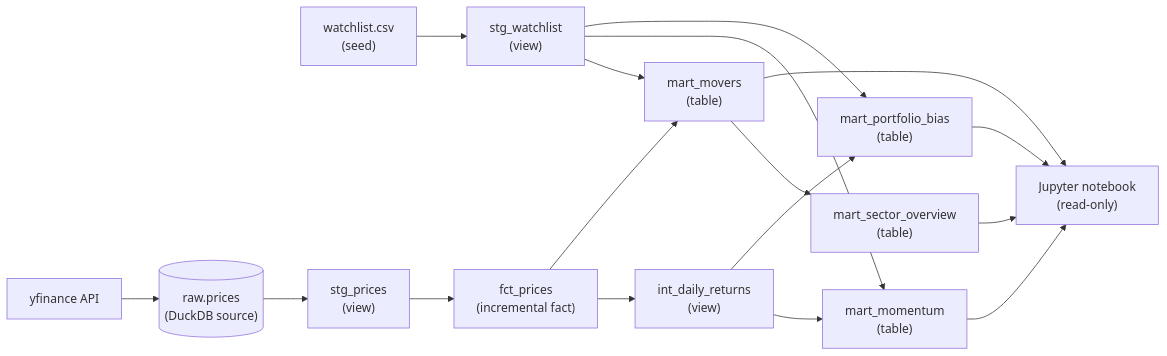
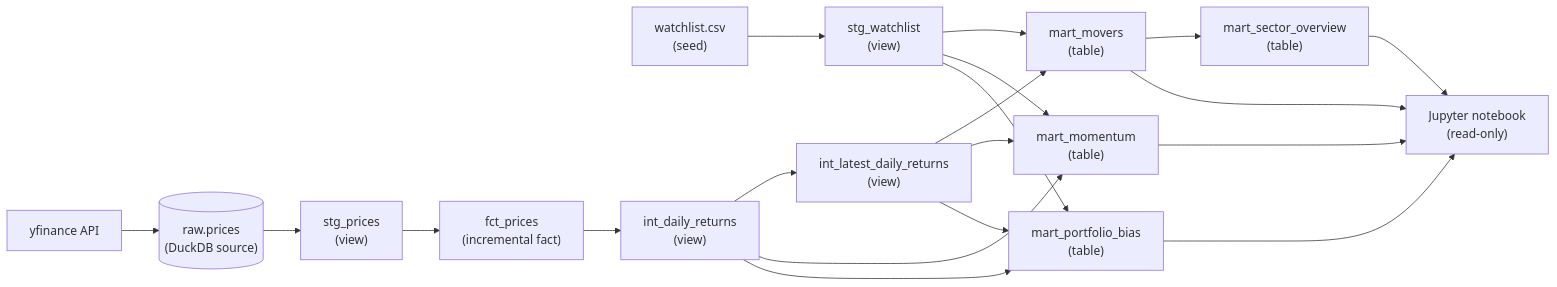
One commit to tthh97/market-movers-dbt changed the diagram in docs/pipeline-explainer.md. Above: the diagram before and after it, drawn with Mermaid. The commit also changed other lines of this file and 12 other files, not shown here.

````diff
--- a/docs/pipeline-explainer.md
+++ b/docs/pipeline-explainer.md
@@ -15,25 +15,28 @@
 ```mermaid
 flowchart LR
     YF["yfinance API"] --> RAW[("raw.prices<br/>(DuckDB source)")]
     SEED["watchlist.csv<br/>(seed)"]
 
     RAW --> STGP["stg_prices<br/>(view)"]
     SEED --> STGW["stg_watchlist<br/>(view)"]
 
     STGP --> FCT["fct_prices<br/>(incremental fact)"]
 
     FCT --> INT["int_daily_returns<br/>(view)"]
+    INT --> LATEST["int_latest_daily_returns<br/>(view)"]
 
-    FCT --> MOV["mart_movers<br/>(table)"]
+    LATEST --> MOV["mart_movers<br/>(table)"]
     STGW --> MOV
-    INT --> MOM["mart_momentum<br/>(table)"]
+    LATEST --> MOM["mart_momentum<br/>(table)"]
+    INT --> MOM
     STGW --> MOM
-    INT --> PB["mart_portfolio_bias<br/>(table)"]
+    LATEST --> PB["mart_portfolio_bias<br/>(table)"]
+    INT --> PB
     STGW --> PB
     MOV --> SEC["mart_sector_overview<br/>(table)"]
 
     MOV --> NB["Jupyter notebook<br/>(read-only)"]
     MOM --> NB
     PB --> NB
     SEC --> NB
 ```
````
